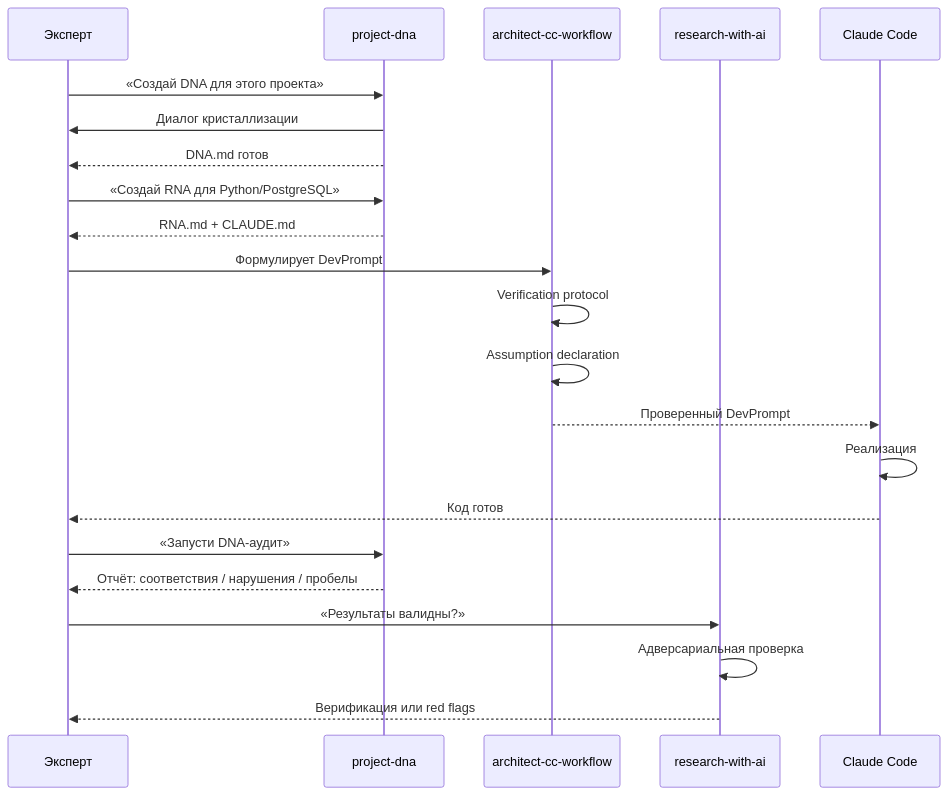
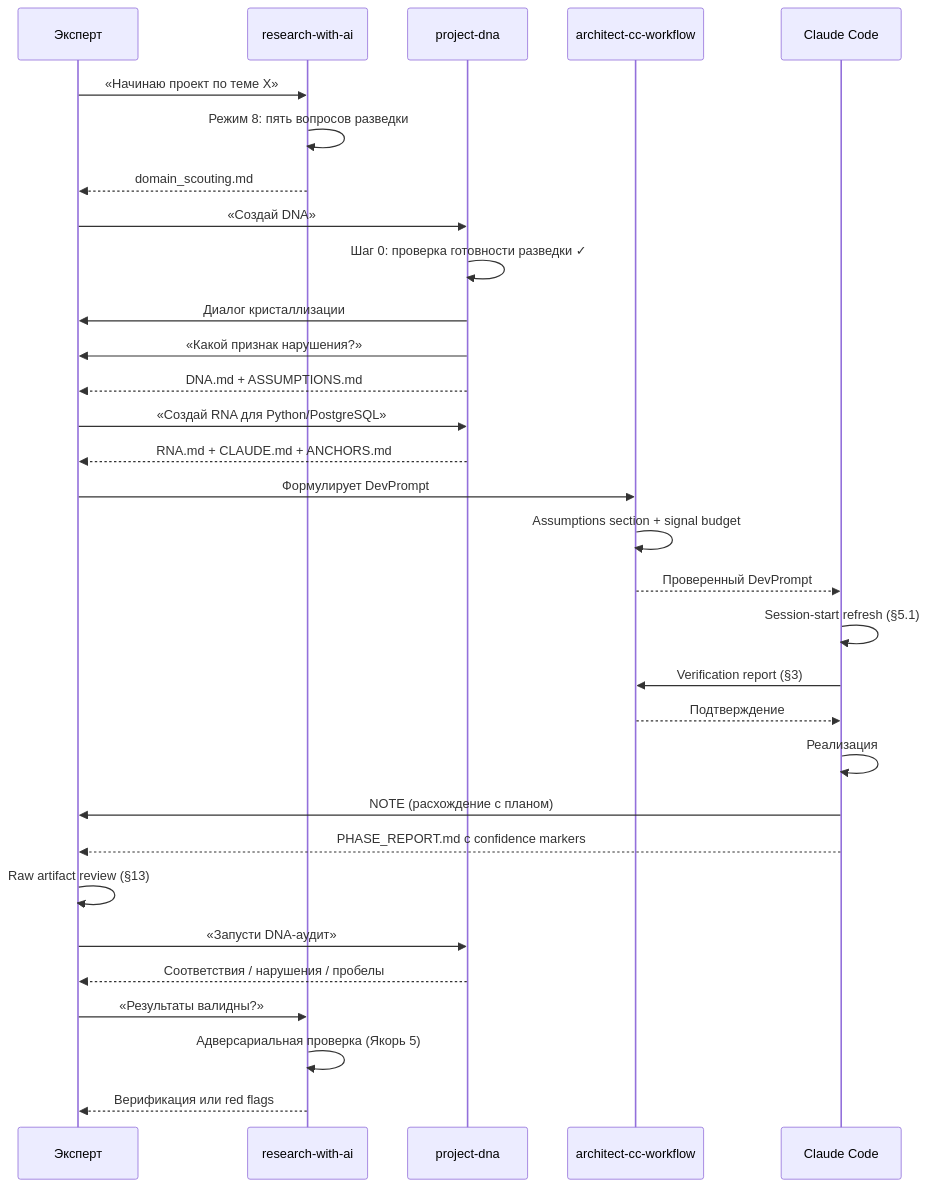
One commit to SizovOleg/project-dna changed the fourth of 5 diagrams in docs/ecosystem-ru.md. Above: the diagram before and after it, drawn with Mermaid. The commit also changed other lines of this file and 9 other files, not shown here.

````diff
--- a/docs/ecosystem-ru.md
+++ b/docs/ecosystem-ru.md
@@ -103,30 +198,41 @@
 ```mermaid
 sequenceDiagram
     participant E as Эксперт
+    participant RES as research-with-ai
     participant DNA as project-dna
     participant ARCH as architect-cc-workflow
-    participant RES as research-with-ai
     participant CC as Claude Code
 
-    E->>DNA: «Создай DNA для этого проекта»
+    E->>RES: «Начинаю проект по теме X»
+    RES->>RES: Режим 8: пять вопросов разведки
+    RES-->>E: domain_scouting.md
+
+    E->>DNA: «Создай DNA»
+    DNA->>DNA: Шаг 0: проверка готовности разведки ✓
     DNA->>E: Диалог кристаллизации
-    DNA-->>E: DNA.md готов
+    DNA->>E: «Какой признак нарушения?»
+    DNA-->>E: DNA.md + ASSUMPTIONS.md
 
     E->>DNA: «Создай RNA для Python/PostgreSQL»
-    DNA-->>E: RNA.md + CLAUDE.md
+    DNA-->>E: RNA.md + CLAUDE.md + ANCHORS.md
 
     E->>ARCH: Формулирует DevPrompt
-    ARCH->>ARCH: Verification protocol
-    ARCH->>ARCH: Assumption declaration
+    ARCH->>ARCH: Assumptions section + signal budget
     ARCH-->>CC: Проверенный DevPrompt
 
+    CC->>CC: Session-start refresh (§5.1)
+    CC->>ARCH: Verification report (§3)
+    ARCH-->>CC: Подтверждение
+
     CC->>CC: Реализация
-    CC-->>E: Код готов
+    CC->>E: NOTE (расхождение с планом)
+    CC-->>E: PHASE_REPORT.md с confidence markers
 
+    E->>E: Raw artifact review (§13)
     E->>DNA: «Запусти DNA-аудит»
-    DNA-->>E: Отчёт: соответствия / нарушения / пробелы
+    DNA-->>E: Соответствия / нарушения / пробелы
 
     E->>RES: «Результаты валидны?»
-    RES->>RES: Адверсариальная проверка
+    RES->>RES: Адверсариальная проверка (Якорь 5)
     RES-->>E: Верификация или red flags
 ```
````
